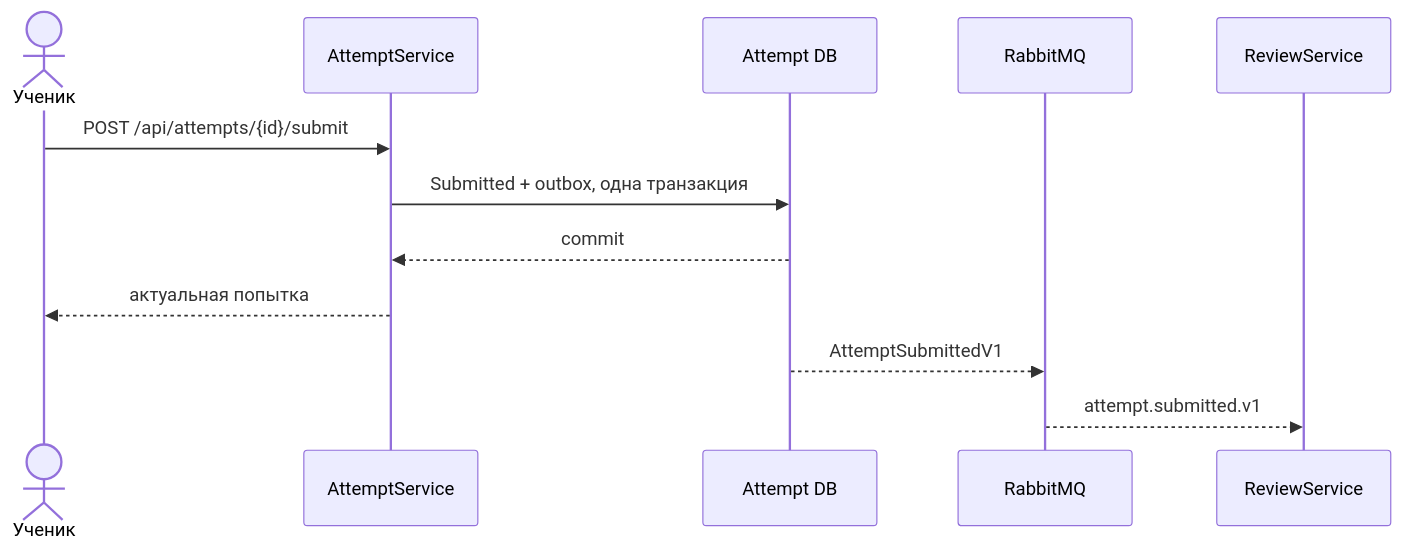
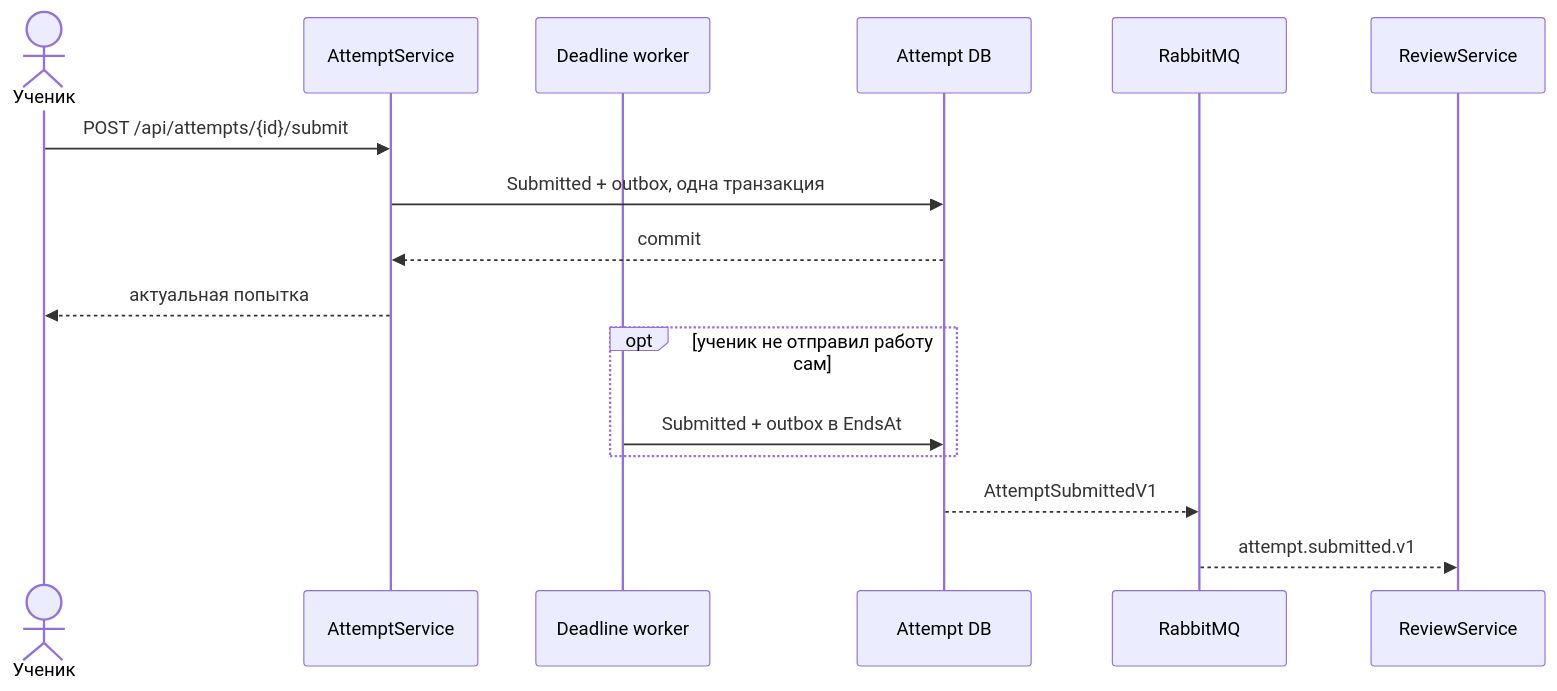
Before and after one commit to KomaMix/LLMTutorRoom: the third of 3 diagrams in docs/attempt-service.md, drawn with Mermaid. The commit also changed other lines of this file and 30 other files, not shown here.

````diff
--- a/docs/attempt-service.md
+++ b/docs/attempt-service.md
@@ -85,15 +86,19 @@
 ```mermaid
 sequenceDiagram
     actor Student as Ученик
     participant API as AttemptService
+    participant Deadline as Deadline worker
     participant DB as Attempt DB
     participant Rabbit as RabbitMQ
     participant Review as ReviewService
 
     Student->>API: POST /api/attempts/{id}/submit
     API->>DB: Submitted + outbox, одна транзакция
     DB-->>API: commit
     API-->>Student: актуальная попытка
+    opt ученик не отправил работу сам
+        Deadline->>DB: Submitted + outbox в EndsAt
+    end
     DB-->>Rabbit: AttemptSubmittedV1
     Rabbit-->>Review: attempt.submitted.v1
 ```
````
